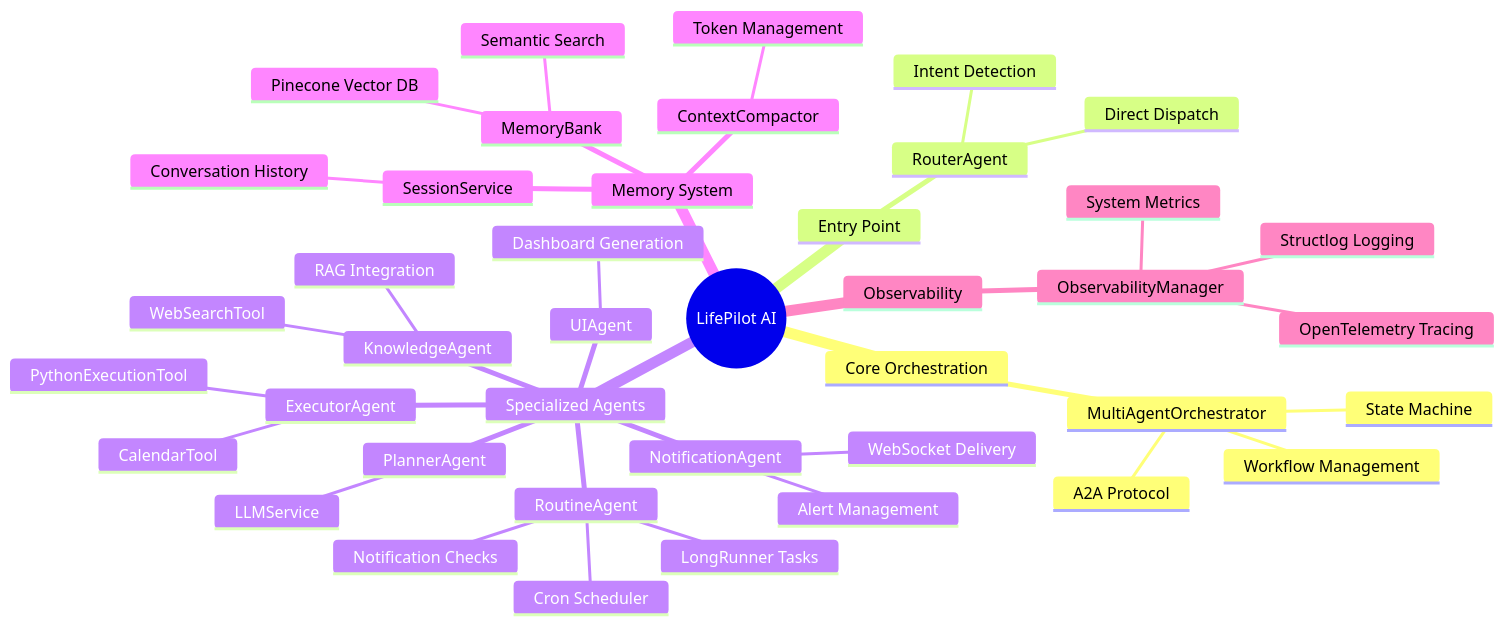
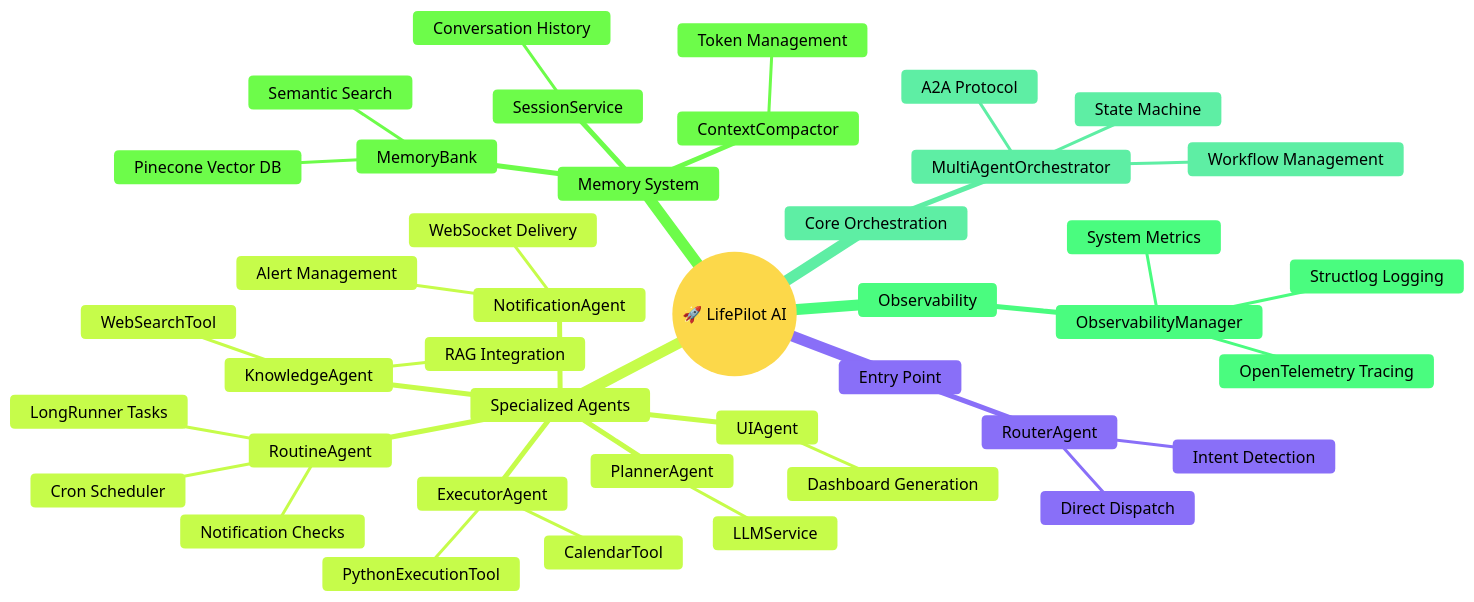
Before and after one commit to JayChauhan3/lifepilot: the second of 2 diagrams in README.md, drawn with Mermaid.

````diff
--- a/README.md
+++ b/README.md
@@ -137,44 +137,60 @@
 ```mermaid
+%%{init: {'theme': 'base', 'themeVariables': {
+  'primaryColor': '#FEF3C7',
+  'primaryTextColor': '#000',
+  'primaryBorderColor': '#F59E0B',
+  'secondaryColor': '#D1FAE5',
+  'secondaryTextColor': '#000',
+  'secondaryBorderColor': '#10B981',
+  'tertiaryColor': '#EDE9FE',
+  'tertiaryTextColor': '#000',
+  'tertiaryBorderColor': '#8B5CF6',
+  'noteBkgColor': '#DBEAFE',
+  'noteTextColor': '#000',
+  'noteBorderColor': '#3B82F6',
+  'lineColor': '#64748B',
+  'fontSize': '16px'
+}}}%%
 mindmap
-  root((LifePilot AI))
+  root((🚀 LifePilot AI))
     Core Orchestration
       MultiAgentOrchestrator
         Workflow Management
         State Machine
         A2A Protocol
     Entry Point
       RouterAgent
         Intent Detection
         Direct Dispatch
     Specialized Agents
       PlannerAgent
         LLMService
       ExecutorAgent
         CalendarTool
         PythonExecutionTool
       KnowledgeAgent
         WebSearchTool
         RAG Integration
       NotificationAgent
         Alert Management
         WebSocket Delivery
       RoutineAgent
         Cron Scheduler
         LongRunner Tasks
         Notification Checks
       UIAgent
         Dashboard Generation
     Memory System
       MemoryBank
         Pinecone Vector DB
         Semantic Search
       SessionService
         Conversation History
       ContextCompactor
         Token Management
     Observability
       ObservabilityManager
         OpenTelemetry Tracing
         Structlog Logging
         System Metrics
 ```
````
